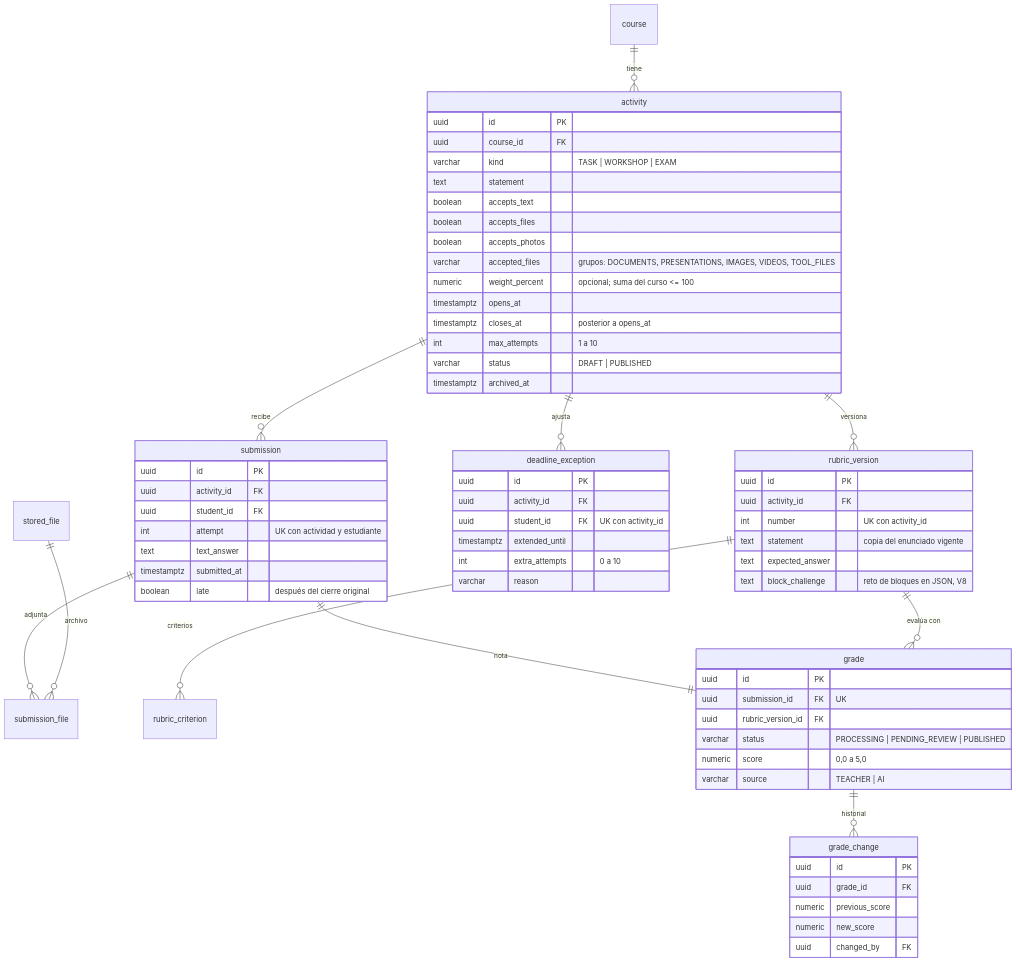
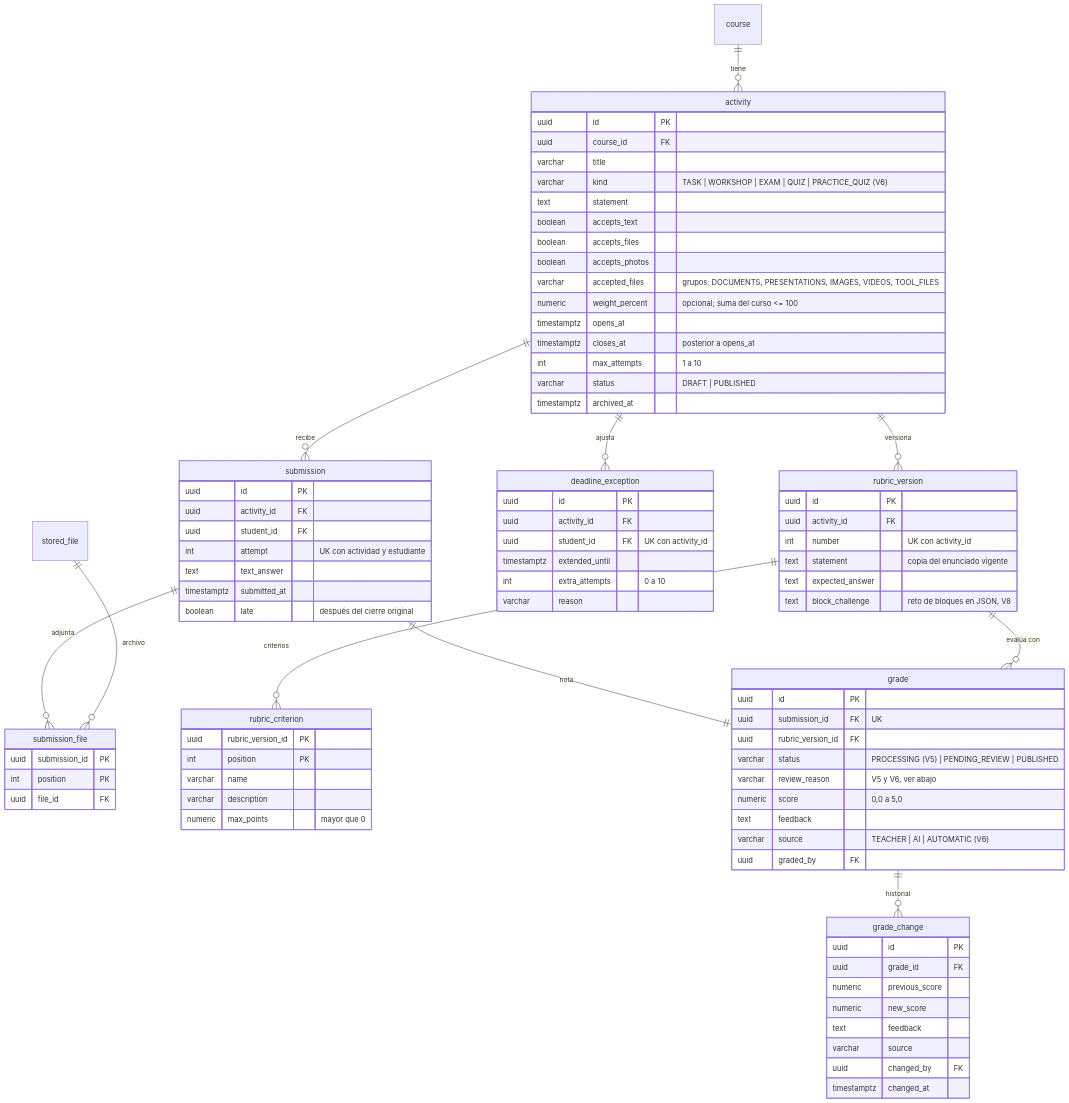
The fourth of 7 diagrams in docs/modelo-de-datos.md (CarlosEscam/LogiCode-Up), drawn with Mermaid before and after one commit. The commit also changed other lines of this file and 39 other files, not shown here.

````diff
--- a/docs/modelo-de-datos.md
+++ b/docs/modelo-de-datos.md
@@ -171,7 +228,8 @@
     activity {
         uuid id PK
         uuid course_id FK
-        varchar kind "TASK | WORKSHOP | EXAM"
+        varchar title
+        varchar kind "TASK | WORKSHOP | EXAM | QUIZ | PRACTICE_QUIZ (V6)"
         text statement
         boolean accepts_text
         boolean accepts_files
@@ -183,6 +241,11 @@
         int max_attempts "1 a 10"
         varchar status "DRAFT | PUBLISHED"
         timestamptz archived_at
+    }
+    submission_file {
+        uuid submission_id PK
+        int position PK
+        uuid file_id FK
     }
     submission {
         uuid id PK
@@ -209,19 +272,32 @@
         text expected_answer
         text block_challenge "reto de bloques en JSON, V8"
     }
+    rubric_criterion {
+        uuid rubric_version_id PK
+        int position PK
+        varchar name
+        varchar description
+        numeric max_points "mayor que 0"
+    }
     grade {
         uuid id PK
         uuid submission_id FK "UK"
         uuid rubric_version_id FK
-        varchar status "PROCESSING | PENDING_REVIEW | PUBLISHED"
+        varchar status "PROCESSING (V5) | PENDING_REVIEW | PUBLISHED"
+        varchar review_reason "V5 y V6, ver abajo"
         numeric score "0,0 a 5,0"
-        varchar source "TEACHER | AI"
+        text feedback
+        varchar source "TEACHER | AI | AUTOMATIC (V6)"
+        uuid graded_by FK
     }
     grade_change {
         uuid id PK
         uuid grade_id FK
         numeric previous_score
         numeric new_score
+        text feedback
+        varchar source
         uuid changed_by FK
+        timestamptz changed_at
     }
 ```
````
